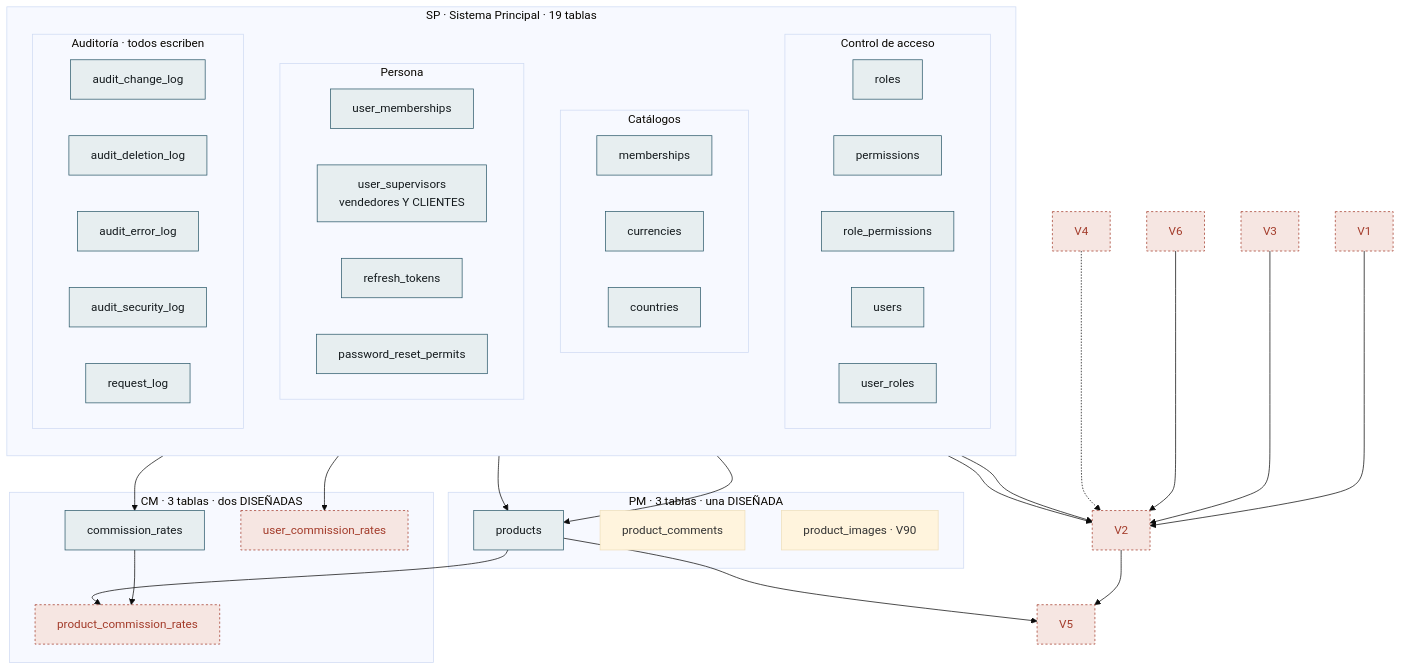
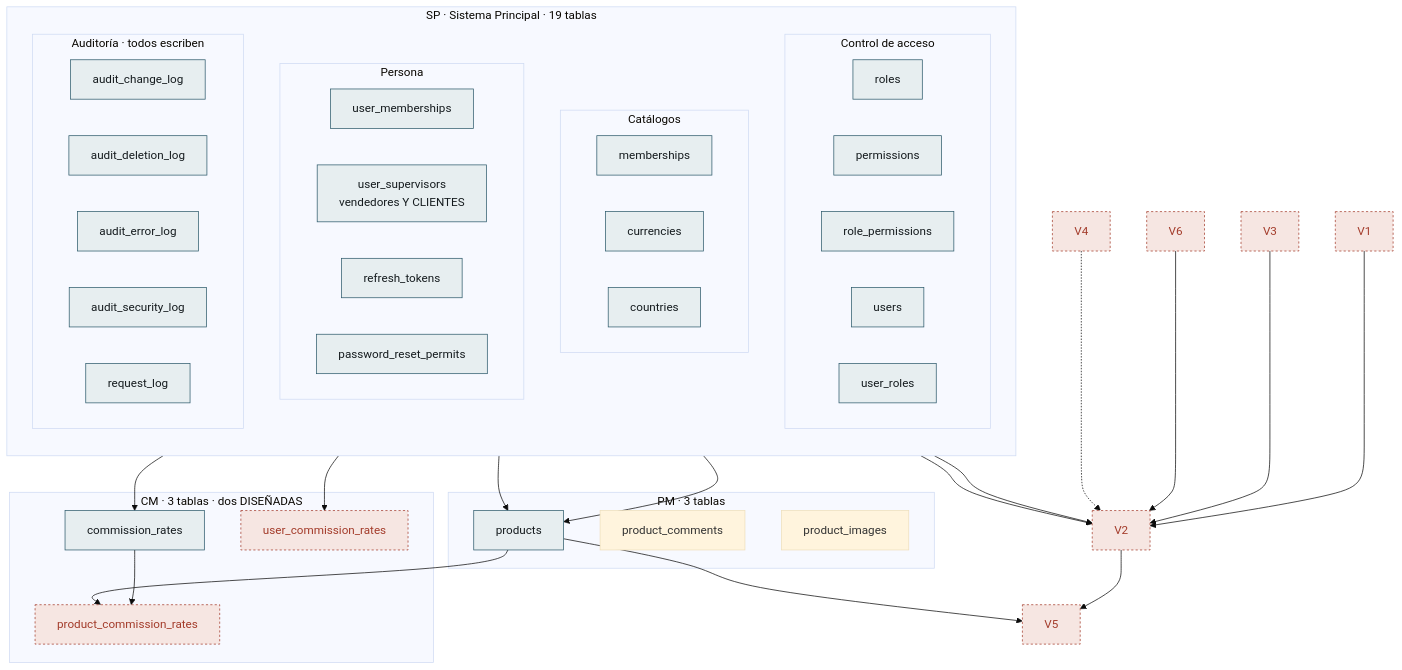
Before and after one commit to NexusPro-Dev/backend: the fifth of 5 diagrams in docs/modelo-datos.md, drawn with Mermaid (base theme). The commit also changed other lines of this file and 58 other files, not shown here.

````diff
--- a/docs/modelo-datos.md
+++ b/docs/modelo-datos.md
@@ -649,69 +649,69 @@
 ```mermaid
 flowchart TB
     subgraph SP["SP · Sistema Principal · 19 tablas"]
         direction TB
         subgraph ACC["Control de acceso"]
             direction LR
             A1["roles"]
             A2["permissions"]
             A3["role_permissions"]
             C1["users"]
             C2["user_roles"]
         end
         subgraph CAT["Catálogos"]
             direction LR
             A4["memberships"]
             A5["currencies"]
             A6["countries"]
         end
         subgraph PER["Persona"]
             direction LR
             C6["user_memberships"]
             C4["user_supervisors<br/>vendedores Y CLIENTES"]
             C3["refresh_tokens"]
             C5["password_reset_permits"]
         end
         subgraph AUD["Auditoría · todos escriben"]
             direction LR
             B1["audit_change_log"]
             B2["audit_deletion_log"]
             B3["audit_error_log"]
             B4["audit_security_log"]
             OBS["request_log"]
         end
     end
 
-    subgraph PM["PM · 3 tablas · una DISEÑADA"]
+    subgraph PM["PM · 3 tablas"]
         P1["products"]
         P2["product_comments"]
-        P3["product_images · V90"]
+        P3["product_images"]
     end
 
     subgraph CM["CM · 3 tablas · dos DISEÑADAS"]
         M1["commission_rates"]
         M2["user_commission_rates"]
         M3["product_commission_rates"]
     end
 
 
     A4 --> P1
     A5 --> P1
     A1 --> M1
     M1 --> M3
     P1 --> M3
     C1 --> M2
     V2 --> V5
     P1 --> V5
     C1 --> V2
     A5 --> V2
     V1 --> V2
     V3 --> V2
     V6 --> V2
     V4 -.-> V2
 
     classDef escrita fill:#e7eef0,stroke:#2d5a6b,color:#151b1e
     classDef disenada fill:#f6e6e2,stroke:#a33b2a,stroke-dasharray:3 3,color:#a33b2a
     class A1,A2,A3,A4,A5,A6,B1,B2,B3,B4,C1,C2,C3,C4,C5,C6,OBS,P1,M1 escrita
     class M2,M3 disenada
     class V1,V2,V3,V4,V5,V6 disenada
 ```
````
